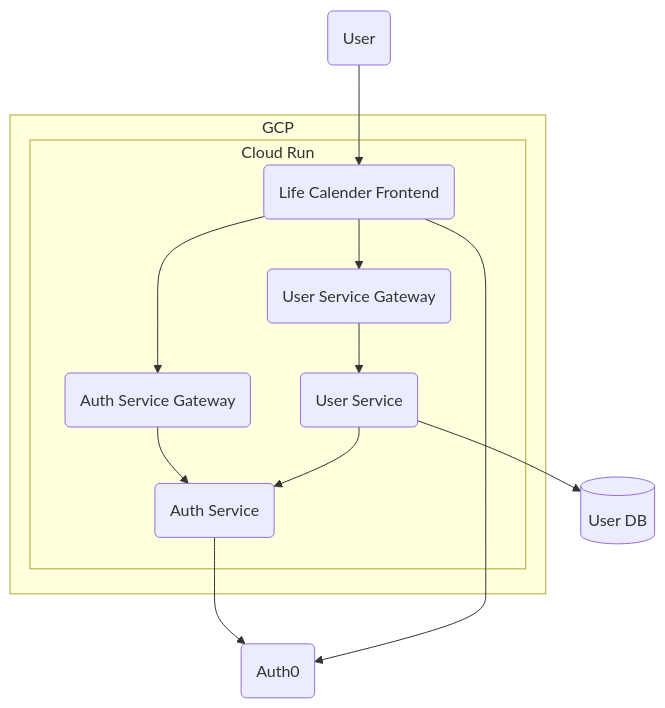
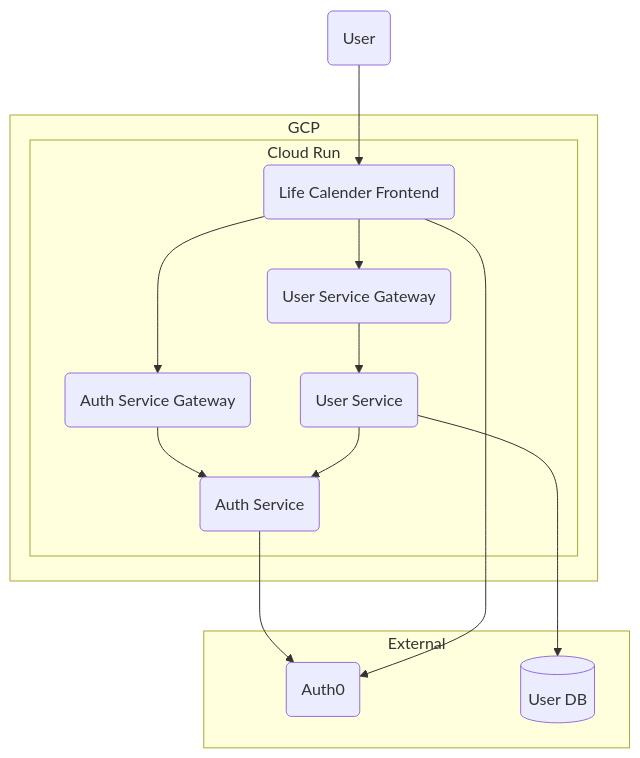
One commit to qkitzero/life-calendar changed the diagram in README.md. Above: the diagram before and after it, drawn with Mermaid.

````diff
--- a/README.md
+++ b/README.md
@@ -7,27 +7,27 @@
 ```mermaid
 flowchart TD
     user(User)
 
     subgraph gcp[GCP]
         subgraph cloud_run[Cloud Run]
             life_calendar_frontend(Life Calender Frontend)
             auth_service(Auth Service)
             user_service(User Service)
             auth_service_gateway(Auth Service Gateway)
             user_service_gateway(User Service Gateway)
         end
     end
 
-    auth0(Auth0)
-    user_db[(User DB)]
+    subgraph external[External]
+        auth0(Auth0)
+        user_db[(User DB)]
+    end
 
     user --> life_calendar_frontend
-    life_calendar_frontend --> auth_service_gateway
-    life_calendar_frontend --> user_service_gateway
-    auth_service_gateway --> auth_service
-    user_service_gateway --> user_service
+    life_calendar_frontend --> auth_service_gateway --> auth_service
+    life_calendar_frontend --> user_service_gateway --> user_service
     user_service --> auth_service
     user_service --> user_db
     auth_service --> auth0
     life_calendar_frontend --> auth0
 ```
````
